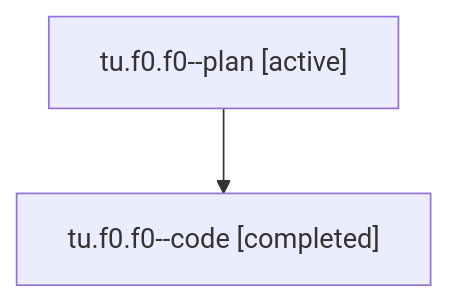
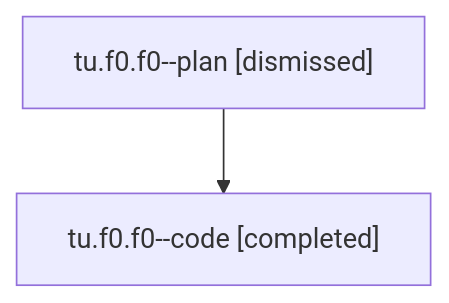
The diagram in sessions/bbugyi200.athena.tu.f0.f0.md (bobs-org/bob-cli--agents), drawn with Mermaid before and after one commit. The commit also changed other lines of this file and 40 other files, not shown here.

````diff
--- a/sessions/bbugyi200.athena.tu.f0.f0.md
+++ b/sessions/bbugyi200.athena.tu.f0.f0.md
@@ -9,6 +9,6 @@
 ```mermaid
 flowchart TD
-  n0["tu.f0.f0--plan [active]"]
+  n0["tu.f0.f0--plan [dismissed]"]
   n1["tu.f0.f0--code [completed]"]
   n0 --> n1
 ```
````
